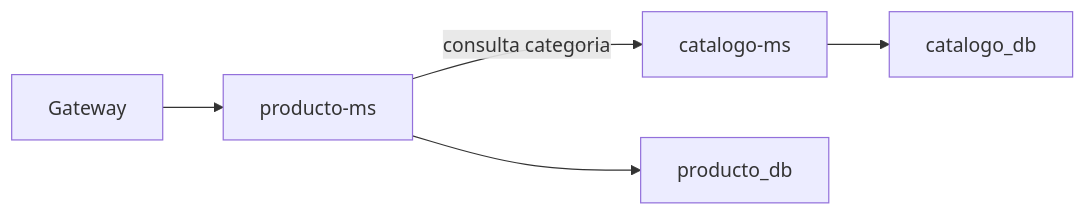
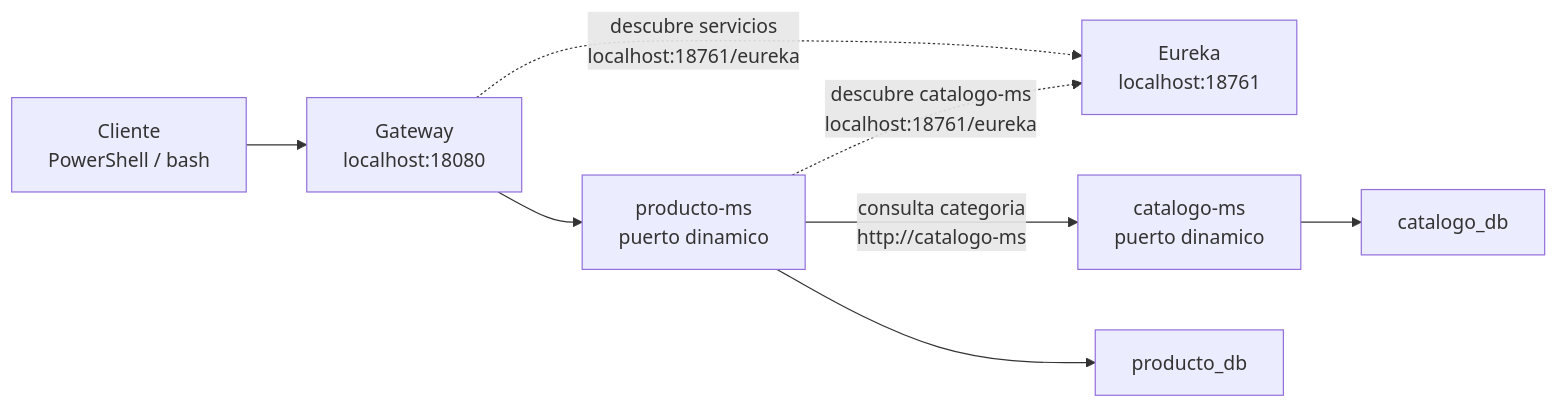
The first of 2 diagrams in docs/sesiones/s06-feign-circuit-breaker.md (261dist/ecom), drawn with Mermaid before and after one commit. The commit also changed other lines of this file and 11 other files, not shown here.

````diff
--- a/docs/sesiones/s06-feign-circuit-breaker.md
+++ b/docs/sesiones/s06-feign-circuit-breaker.md
@@ -43,13 +45,18 @@
 ```mermaid
 flowchart LR
-    Gateway["Gateway"]
-    Producto["producto-ms"]
-    Catalogo["catalogo-ms"]
+    Cliente["Cliente<br/>PowerShell / bash"]
+    Gateway["Gateway<br/>localhost:18080"]
+    Eureka["Eureka<br/>localhost:18761"]
+    Producto["producto-ms<br/>puerto dinamico"]
+    Catalogo["catalogo-ms<br/>puerto dinamico"]
     ProductoDB["producto_db"]
     CatalogoDB["catalogo_db"]
 
+    Cliente --> Gateway
     Gateway --> Producto
-    Producto -->|"consulta categoria"| Catalogo
+    Gateway -. "descubre servicios<br/>localhost:18761/eureka" .-> Eureka
+    Producto -. "descubre catalogo-ms<br/>localhost:18761/eureka" .-> Eureka
+    Producto -->|"consulta categoria<br/>http://catalogo-ms"| Catalogo
     Producto --> ProductoDB
     Catalogo --> CatalogoDB
 ```
````
